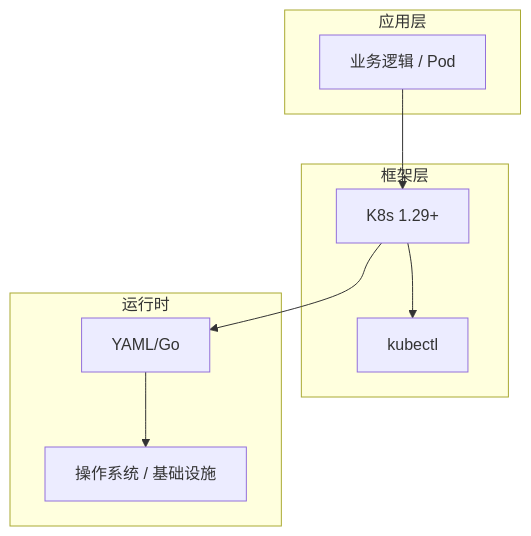
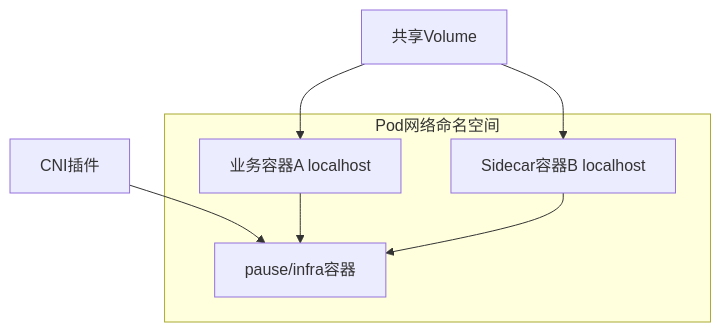
One commit to yanggan2015/knowledge-json-v2 changed the diagram in articles/Kubernetes/chapters/017-Pod核心概念与原理.md. Above: the diagram before and after it, drawn with Mermaid. The commit also changed other lines of this file and 10127 other files, not shown here.

````diff
--- a/articles/Kubernetes/chapters/017-Pod核心概念与原理.md
+++ b/articles/Kubernetes/chapters/017-Pod核心概念与原理.md
@@ -45,18 +30,13 @@
 ```mermaid
 graph TB
-    subgraph 应用层
-        A[业务逻辑 / Pod]
+    subgraph Pod网络命名空间
+        P[pause/infra容器]
+        A[业务容器A localhost]
+        B[Sidecar容器B localhost]
     end
-    subgraph 框架层
-        B[K8s 1.29+]
-        C[kubectl]
-    end
-    subgraph 运行时
-        D[YAML/Go]
-        E[操作系统 / 基础设施]
-    end
-    A --> B
-    B --> C
-    B --> D
-    D --> E
+    CNI[CNI插件] --> P
+    A --> P
+    B --> P
+    Vol[共享Volume] --> A
+    Vol --> B
 ```
````
